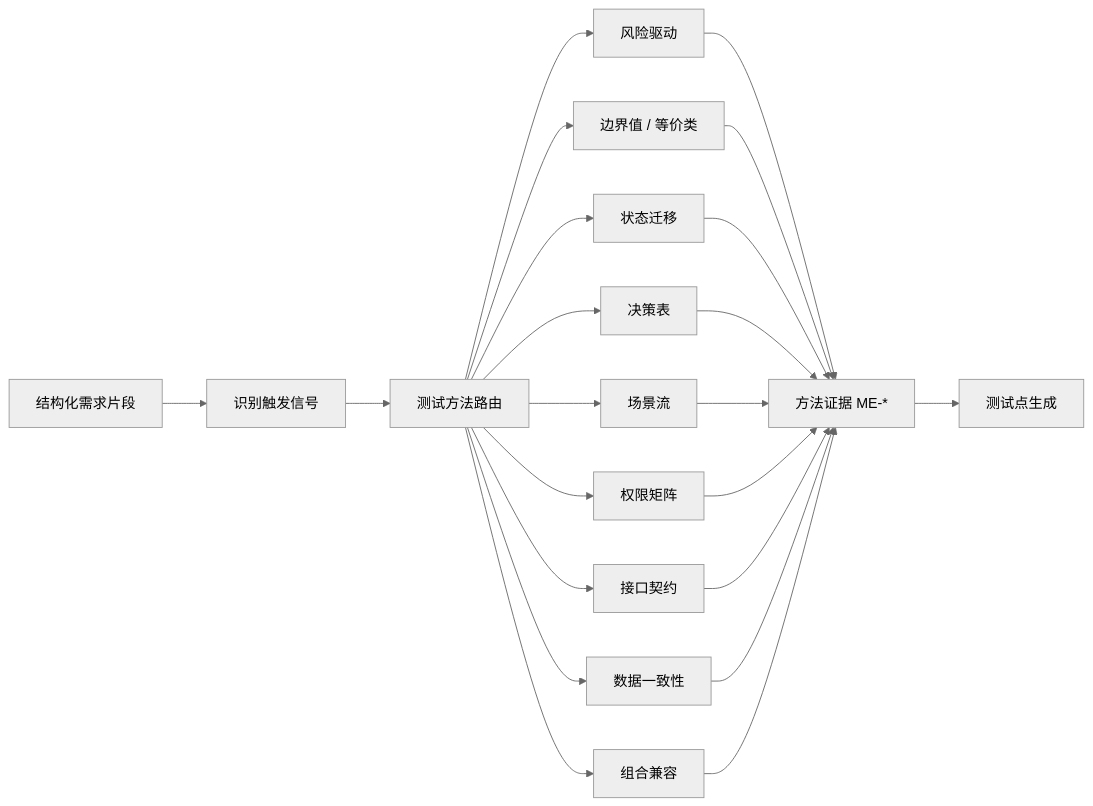
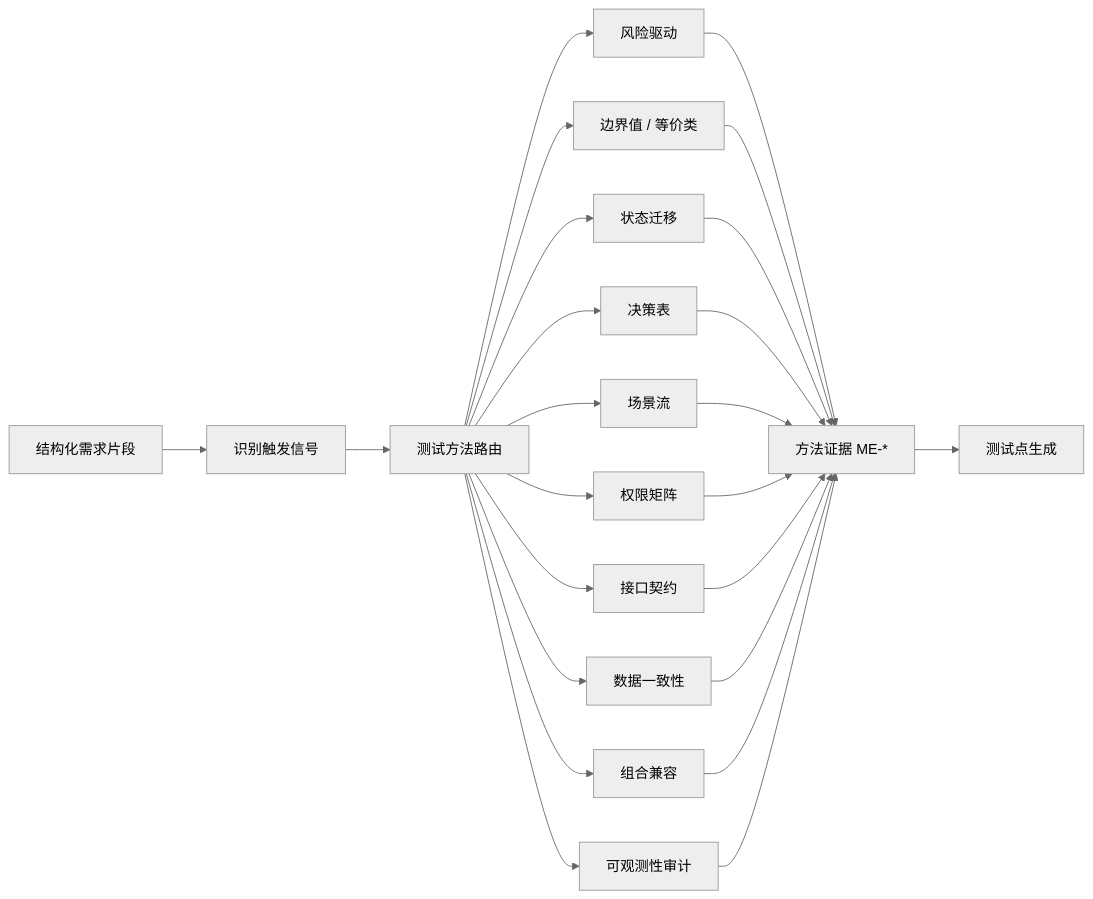
The fifth of 8 diagrams in docs/test-analysis-agent-design.md (szluoqy-byte/Test-Analysis-Agent), drawn with Mermaid (neutral theme) before and after one commit. The commit also changed other lines of this file and 37 other files, not shown here.

````diff
--- a/docs/test-analysis-agent-design.md
+++ b/docs/test-analysis-agent-design.md
@@ -254,26 +268,28 @@
 ```mermaid
 flowchart LR
   Req["结构化需求片段"] --> Signal["识别触发信号"]
   Signal --> Router["测试方法路由"]
 
   Router --> Risk["风险驱动"]
   Router --> Boundary["边界值 / 等价类"]
   Router --> State["状态迁移"]
   Router --> Decision["决策表"]
   Router --> Scenario["场景流"]
   Router --> Permission["权限矩阵"]
   Router --> Interface["接口契约"]
   Router --> Data["数据一致性"]
   Router --> Combo["组合兼容"]
+  Router --> Observability["可观测性审计"]
 
   Risk --> Evidence["方法证据 ME-*"]
   Boundary --> Evidence
   State --> Evidence
   Decision --> Evidence
   Scenario --> Evidence
   Permission --> Evidence
   Interface --> Evidence
   Data --> Evidence
   Combo --> Evidence
+  Observability --> Evidence
   Evidence --> Points["测试点生成"]
 ```
````
